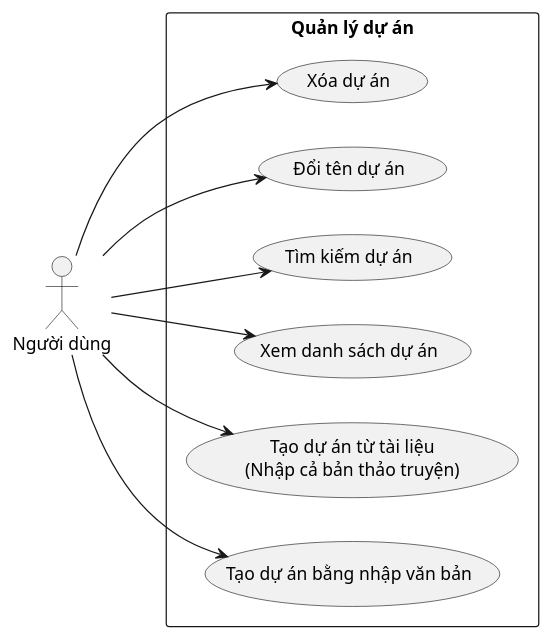
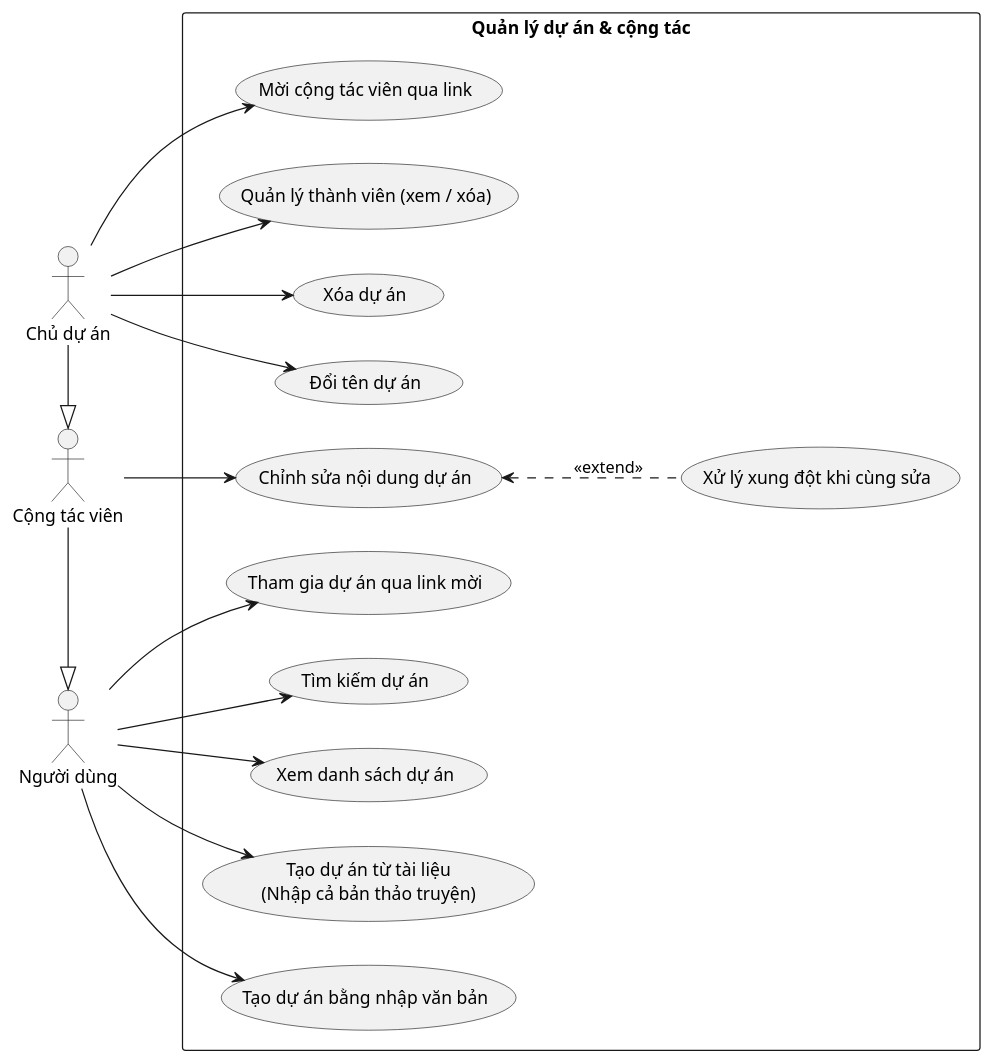
The diagram in docs/bieu-do-uc/bieu-do-uc-chi-tiet/setup/quan-ly-du-an.puml (202416852-anhpv/story2video-docs), drawn with PlantUML before and after one commit.

```diff
--- a/docs/bieu-do-uc/bieu-do-uc-chi-tiet/setup/quan-ly-du-an.puml
+++ b/docs/bieu-do-uc/bieu-do-uc-chi-tiet/setup/quan-ly-du-an.puml
@@ -1,22 +1,40 @@
 @startuml quan-ly-du-an
 left to right direction
 
 actor "Người dùng" as User
+actor "Cộng tác viên" as Editor
+actor "Chủ dự án" as Owner
 
-rectangle "Quản lý dự án" {
+Editor -|> User
+Owner -|> Editor
+
+rectangle "Quản lý dự án & cộng tác" {
     usecase "Xóa dự án" as UC_01
     usecase "Đổi tên dự án" as UC_02
     usecase "Tìm kiếm dự án" as UC_03
     usecase "Xem danh sách dự án" as UC_04
     usecase "Tạo dự án từ tài liệu\n(Nhập cả bản thảo truyện)" as UC_05
     usecase "Tạo dự án bằng nhập văn bản" as UC_06
+    usecase "Mời cộng tác viên qua link" as UC_07
+    usecase "Quản lý thành viên (xem / xóa)" as UC_08
+    usecase "Tham gia dự án qua link mời" as UC_09
+    usecase "Xử lý xung đột khi cùng sửa" as UC_10
+    usecase "Chỉnh sửa nội dung dự án" as UC_11
 }
 
-User --> UC_01
-User --> UC_02
 User --> UC_03
 User --> UC_04
 User --> UC_05
 User --> UC_06
+User --> UC_09
+
+Editor --> UC_11
+
+Owner --> UC_01
+Owner --> UC_02
+Owner --> UC_07
+Owner --> UC_08
+
+UC_11 <.. UC_10 : <<extend>>
 
 @enduml
```
